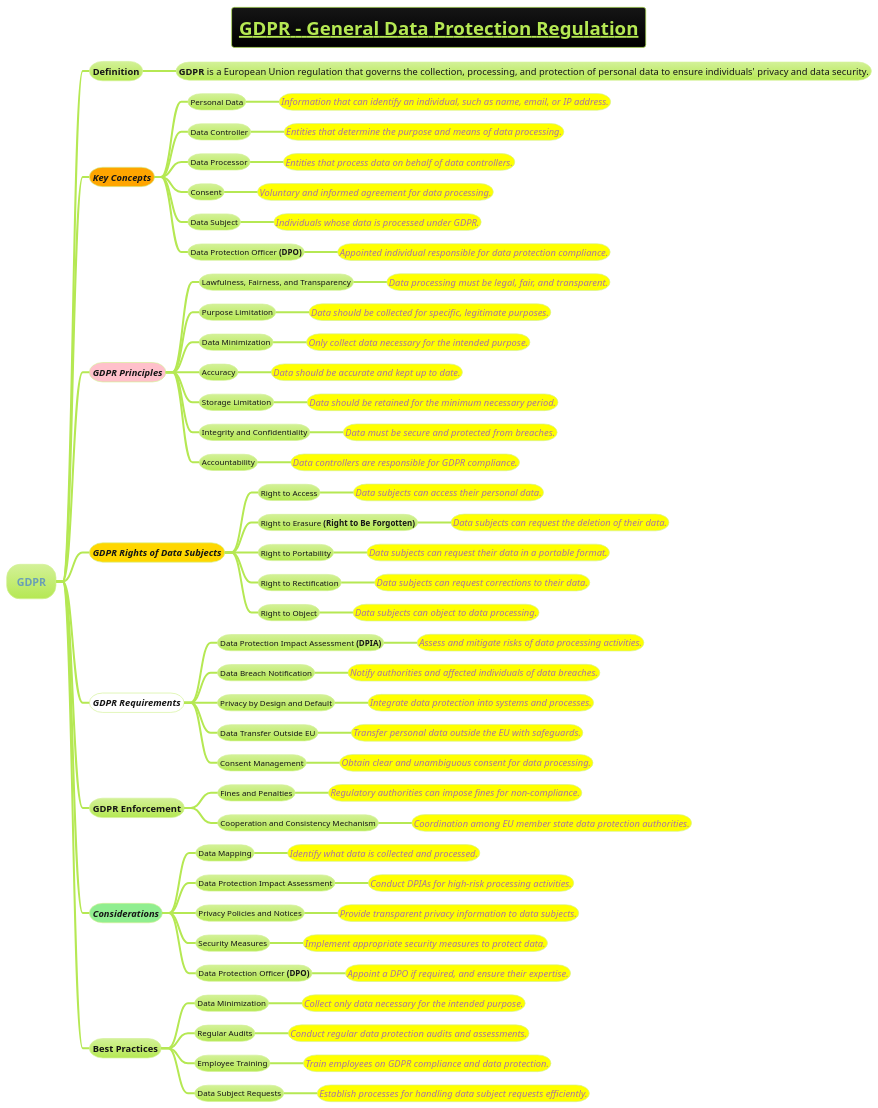
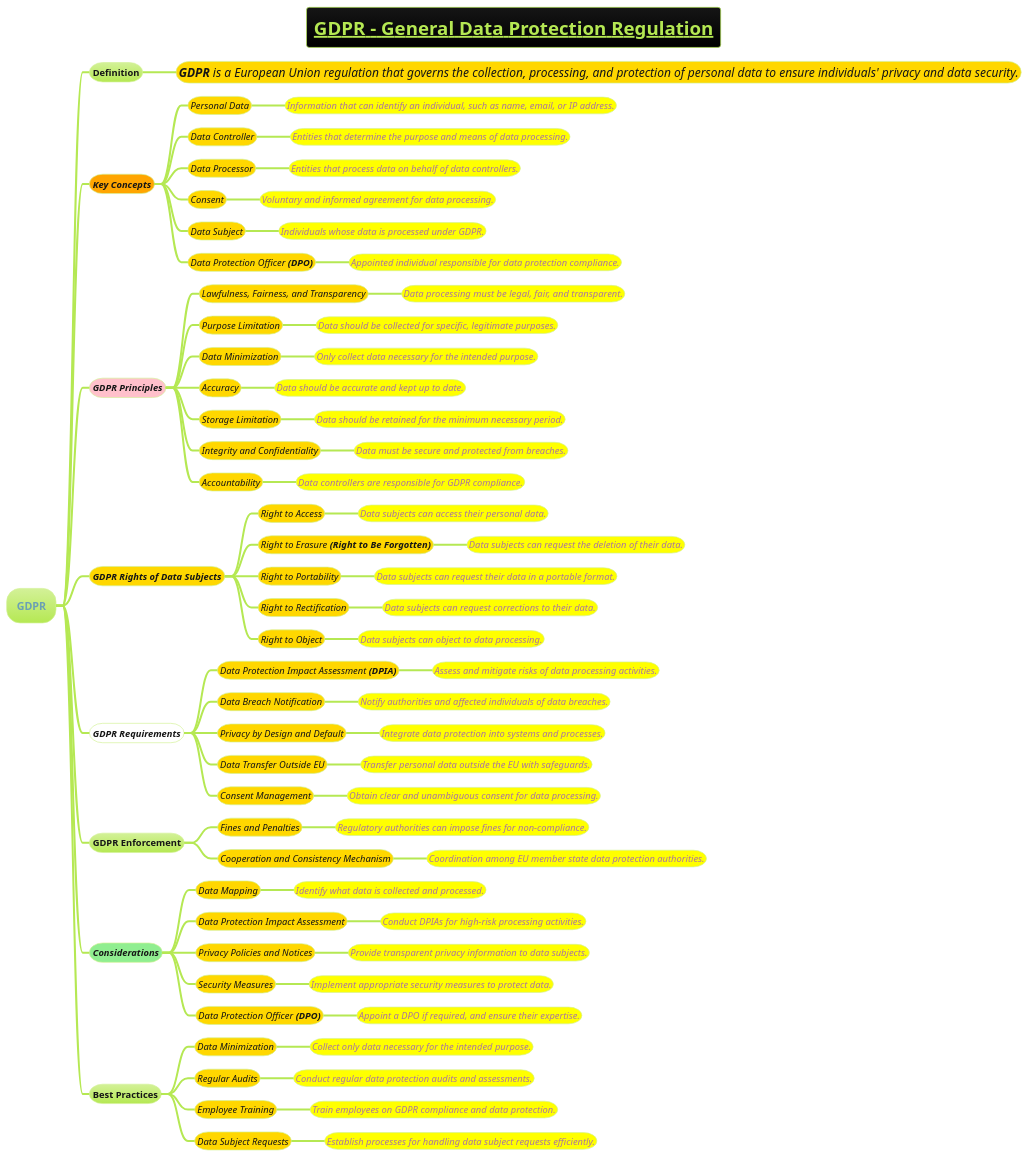
Before and after one commit to MehmoodHashmi/Documentation-as-Code-DaC: the diagram in docs/AI-ML- DL-Data-Science-and-BigData/data-science/data-engineering/GDPR.puml, drawn with PlantUML.

```diff
--- a/docs/AI-ML- DL-Data-Science-and-BigData/data-science/data-engineering/GDPR.puml
+++ b/docs/AI-ML- DL-Data-Science-and-BigData/data-science/data-engineering/GDPR.puml
@@ -1,92 +1,92 @@
 @startmindmap
 title =__GDPR - General Data Protection Regulation__
 !theme hacker
 
 * GDPR
 ** Definition
-*** <size:14>**GDPR** is a European Union regulation that governs the collection, processing, and protection of personal data to ensure individuals' privacy and data security.
+***[#gold] ====<size:18>**GDPR** is a European Union regulation that governs the collection, processing, and protection of personal data to ensure individuals' privacy and data security.
 
 **[#orange] ==== Key Concepts
-*** Personal Data
+***[#gold] ====<size:14>Personal Data
 ****[#yellow] ====<size:14>Information that can identify an individual, such as name, email, or IP address.
-*** Data Controller
+***[#gold] ====<size:14>Data Controller
 ****[#yellow] ====<size:14>Entities that determine the purpose and means of data processing.
-*** Data Processor
+***[#gold] ====<size:14>Data Processor
 ****[#yellow] ====<size:14>Entities that process data on behalf of data controllers.
-*** Consent
+***[#gold] ====<size:14>Consent
 ****[#yellow] ====<size:14>Voluntary and informed agreement for data processing.
-*** Data Subject
+***[#gold] ====<size:14>Data Subject
 ****[#yellow] ====<size:14>Individuals whose data is processed under GDPR.
-*** Data Protection Officer **(DPO)**
+***[#gold] ====<size:14>Data Protection Officer **(DPO)**
 ****[#yellow] ====<size:14>Appointed individual responsible for data protection compliance.
 
 **[#pink] ==== GDPR Principles
-*** Lawfulness, Fairness, and Transparency
+***[#gold] ====<size:14>Lawfulness, Fairness, and Transparency
 ****[#yellow] ====<size:14>Data processing must be legal, fair, and transparent.
-*** Purpose Limitation
+***[#gold] ====<size:14>Purpose Limitation
 ****[#yellow] ====<size:14>Data should be collected for specific, legitimate purposes.
-*** Data Minimization
+***[#gold] ====<size:14>Data Minimization
 ****[#yellow] ====<size:14>Only collect data necessary for the intended purpose.
-*** Accuracy
+***[#gold] ====<size:14>Accuracy
 ****[#yellow] ====<size:14>Data should be accurate and kept up to date.
-*** Storage Limitation
+***[#gold] ====<size:14>Storage Limitation
 ****[#yellow] ====<size:14>Data should be retained for the minimum necessary period.
-*** Integrity and Confidentiality
+***[#gold] ====<size:14>Integrity and Confidentiality
 ****[#yellow] ====<size:14>Data must be secure and protected from breaches.
-*** Accountability
+***[#gold] ====<size:14>Accountability
 ****[#yellow] ====<size:14>Data controllers are responsible for GDPR compliance.
 
 **[#gold] ====GDPR Rights of Data Subjects
-*** Right to Access
+***[#gold] ====<size:14>Right to Access
 ****[#yellow] ====<size:14>Data subjects can access their personal data.
-*** Right to Erasure **(Right to Be Forgotten)**
+***[#gold] ====<size:14>Right to Erasure **(Right to Be Forgotten)**
 ****[#yellow] ====<size:14>Data subjects can request the deletion of their data.
-*** Right to Portability
+***[#gold] ====<size:14>Right to Portability
 ****[#yellow] ====<size:14>Data subjects can request their data in a portable format.
-*** Right to Rectification
+***[#gold] ====<size:14>Right to Rectification
 ****[#yellow] ====<size:14>Data subjects can request corrections to their data.
-*** Right to Object
+***[#gold] ====<size:14>Right to Object
 ****[#yellow] ====<size:14>Data subjects can object to data processing.
 
 **[#white] ====GDPR Requirements
-*** Data Protection Impact Assessment **(DPIA)**
+***[#gold] ====<size:14>Data Protection Impact Assessment **(DPIA)**
 ****[#yellow] ====<size:14>Assess and mitigate risks of data processing activities.
-*** Data Breach Notification
+***[#gold] ====<size:14>Data Breach Notification
 ****[#yellow] ====<size:14>Notify authorities and affected individuals of data breaches.
-*** Privacy by Design and Default
+***[#gold] ====<size:14>Privacy by Design and Default
 ****[#yellow] ====<size:14>Integrate data protection into systems and processes.
-*** Data Transfer Outside EU
+***[#gold] ====<size:14>Data Transfer Outside EU
 ****[#yellow] ====<size:14>Transfer personal data outside the EU with safeguards.
-*** Consent Management
+***[#gold] ====<size:14>Consent Management
 ****[#yellow] ====<size:14>Obtain clear and unambiguous consent for data processing.
 
 ** GDPR Enforcement
-*** Fines and Penalties
+***[#gold] ====<size:14>Fines and Penalties
 ****[#yellow] ====<size:14>Regulatory authorities can impose fines for non-compliance.
-*** Cooperation and Consistency Mechanism
+***[#gold] ====<size:14>Cooperation and Consistency Mechanism
 ****[#yellow] ====<size:14>Coordination among EU member state data protection authorities.
 
 **[#lightgreen] ====Considerations
-*** Data Mapping
+***[#gold] ====<size:14>Data Mapping
 ****[#yellow] ====<size:14>Identify what data is collected and processed.
-*** Data Protection Impact Assessment
+***[#gold] ====<size:14>Data Protection Impact Assessment
 ****[#yellow] ====<size:14>Conduct DPIAs for high-risk processing activities.
-*** Privacy Policies and Notices
+***[#gold] ====<size:14>Privacy Policies and Notices
 ****[#yellow] ====<size:14>Provide transparent privacy information to data subjects.
-*** Security Measures
+***[#gold] ====<size:14>Security Measures
 ****[#yellow] ====<size:14>Implement appropriate security measures to protect data.
 
-*** Data Protection Officer **(DPO)**
+***[#gold] ====<size:14>Data Protection Officer **(DPO)**
 ****[#yellow] ====<size:14>Appoint a DPO if required, and ensure their expertise.
 
 ** Best Practices
-*** Data Minimization
+***[#gold] ====<size:14>Data Minimization
 ****[#yellow] ====<size:14>Collect only data necessary for the intended purpose.
-*** Regular Audits
+***[#gold] ====<size:14>Regular Audits
 ****[#yellow] ====<size:14>Conduct regular data protection audits and assessments.
-*** Employee Training
+***[#gold] ====<size:14>Employee Training
 ****[#yellow] ====<size:14>Train employees on GDPR compliance and data protection.
-*** Data Subject Requests
+***[#gold] ====<size:14>Data Subject Requests
 ****[#yellow] ====<size:14>Establish processes for handling data subject requests efficiently.
 
 @endmindmap
```
